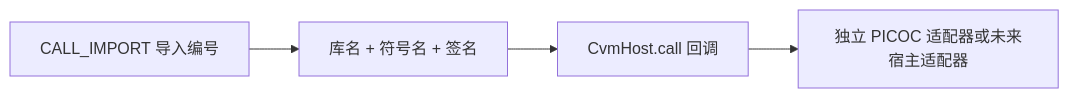
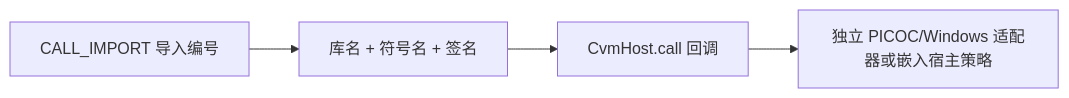
Before and after one commit to B1a0k/cobalt-picoc-vm: the third of 3 diagrams in README.zh-CN.md, drawn with Mermaid. The commit also changed other lines of this file and 3 other files, not shown here.

````diff
--- a/README.zh-CN.md
+++ b/README.zh-CN.md
@@ -317,6 +323,6 @@
 ```mermaid
 flowchart LR
     A["CALL_IMPORT 导入编号"] --> B["库名 + 符号名 + 签名"]
     B --> C["CvmHost.call 回调"]
-    C --> D["独立 PICOC 适配器或未来宿主适配器"]
+    C --> D["独立 PICOC/Windows 适配器或嵌入宿主策略"]
 ```
````
